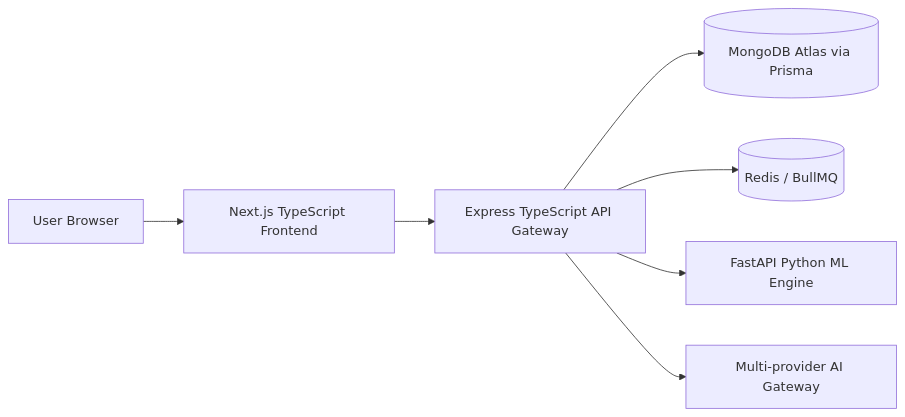
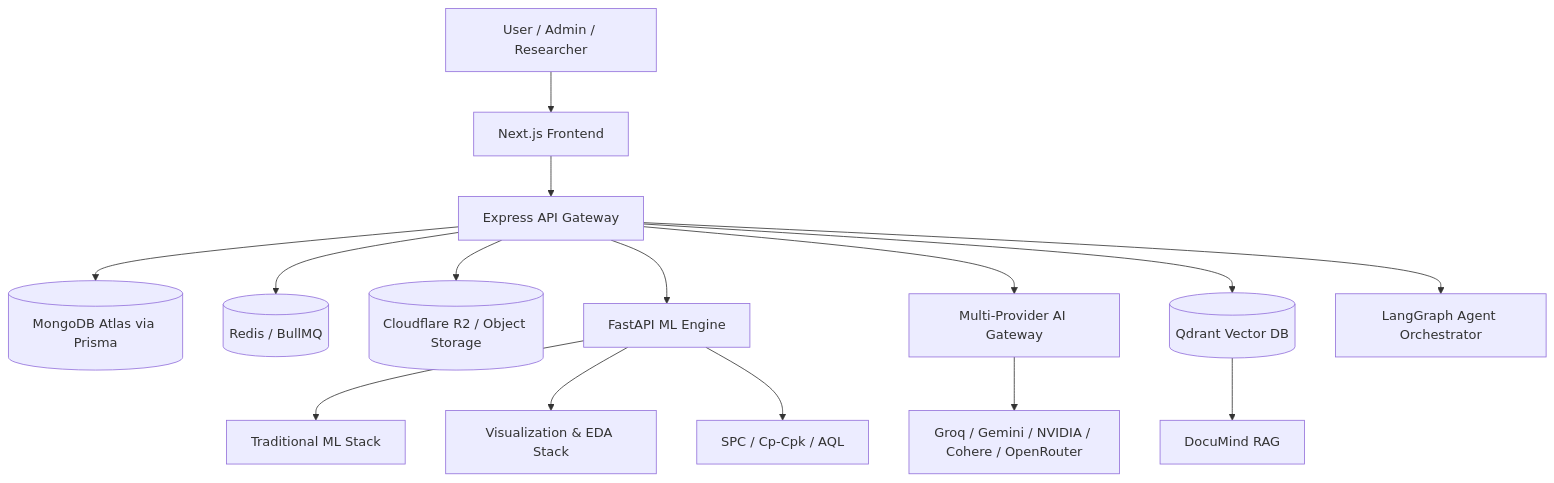
One commit to ryfio-ai/modliq.io changed the diagram in docs/01-architecture/SYSTEM_ARCHITECTURE.md. Above: the diagram before and after it, drawn with Mermaid. The commit also changed other lines of this file and 170 other files, not shown here.

Commit message:
feat: Quote Demo booking flow, 11-module platform features grid, universal MODLIQER-{ENTITY}-YYYYMMDD-HHMMSS-XXXXX ID format, and live Google Sheets webhook sync

````diff
--- a/docs/01-architecture/SYSTEM_ARCHITECTURE.md
+++ b/docs/01-architecture/SYSTEM_ARCHITECTURE.md
@@ -13,9 +13,21 @@
 ```mermaid
-flowchart LR
-  User[User Browser] --> FE[Next.js TypeScript Frontend]
-  FE --> BE[Express TypeScript API Gateway]
+flowchart TB
+  User[User / Admin / Researcher] --> FE[Next.js Frontend]
+
+  FE --> BE[Express API Gateway]
+
   BE --> DB[(MongoDB Atlas via Prisma)]
   BE --> Redis[(Redis / BullMQ)]
-  BE --> ML[FastAPI Python ML Engine]
-  BE --> AI[Multi-provider AI Gateway]
+  BE --> Storage[(Cloudflare R2 / Object Storage)]
+  BE --> ML[FastAPI ML Engine]
+  BE --> AI[Multi-Provider AI Gateway]
+  BE --> Qdrant[(Qdrant Vector DB)]
+
+  ML --> TraditionalML[Traditional ML Stack]
+  ML --> Viz[Visualization & EDA Stack]
+  ML --> QC[SPC / Cp-Cpk / AQL]
+
+  AI --> Providers[Groq / Gemini / NVIDIA / Cohere / OpenRouter]
+  Qdrant --> RAG[DocuMind RAG]
+  BE --> Agents[LangGraph Agent Orchestrator]
 ```
````
